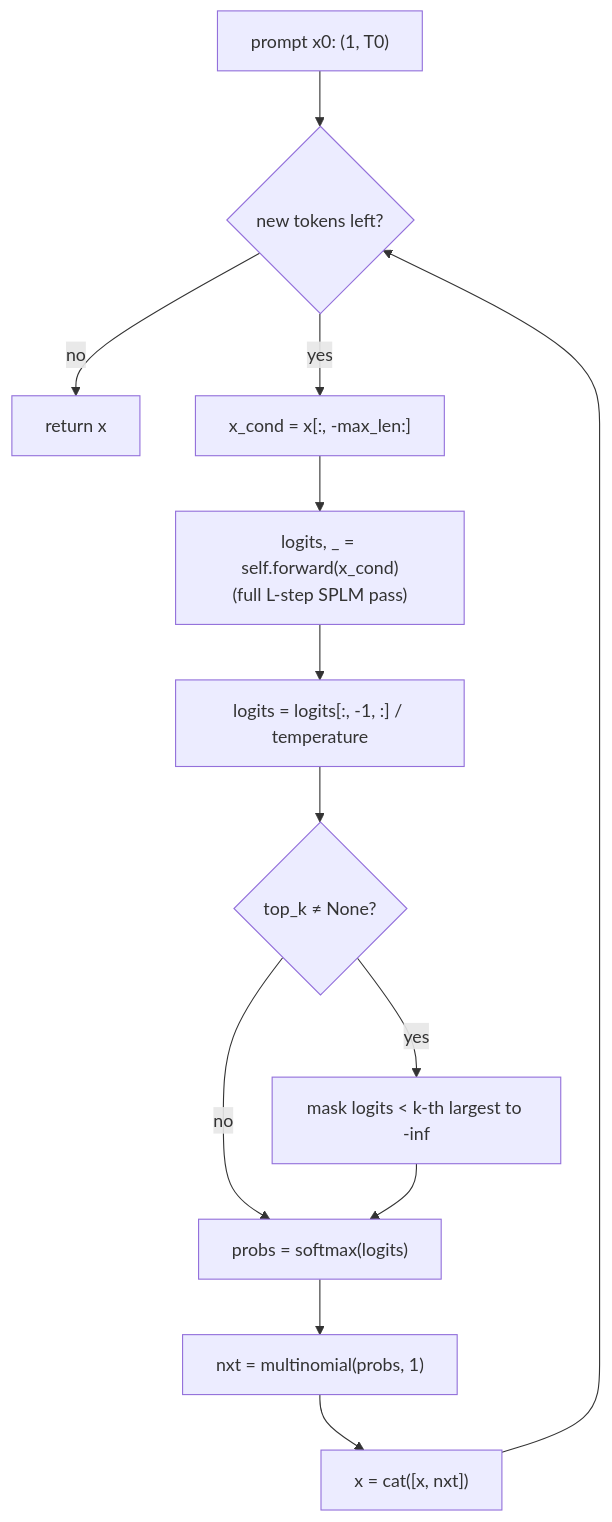
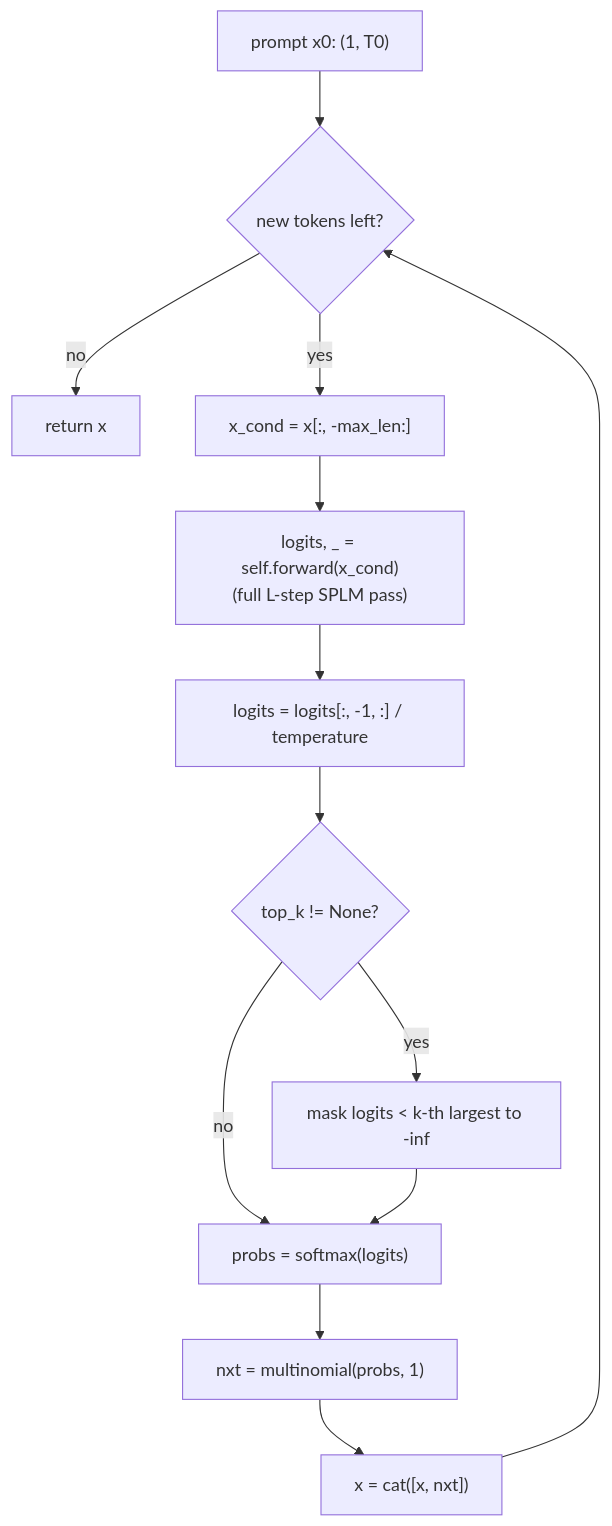
Before and after one commit to dimitarpg13/semsimula-paper: the fifth of 5 diagrams in companion_notes/Training_and_Inference_with_SPLM.md, drawn with Mermaid. The commit also changed other lines of this file and 36 other files, not shown here.

First line of the commit message:
Sync companion notes: Claim A status update, Mermaid/LaTeX fixes, new files

````diff
--- a/companion_notes/Training_and_Inference_with_SPLM.md
+++ b/companion_notes/Training_and_Inference_with_SPLM.md
@@ -395,15 +395,15 @@
 ```mermaid
 flowchart TD
     S["prompt x0: (1, T0)"] --> L0{"new tokens left?"}
     L0 -- no --> RET["return x"]
     L0 -- yes --> WIN["x_cond = x[:, -max_len:]"]
-    WIN --> FWD["logits, _ = self.forward(x_cond)<br/>(full L-step SPLM pass)"]
+    WIN --> FWD["logits, _ = self.forward(x_cond)<br>(full L-step SPLM pass)"]
     FWD --> LAST["logits = logits[:, -1, :] / temperature"]
-    LAST --> TK{"top_k ≠ None?"}
+    LAST --> TK{"top_k != None?"}
     TK -- yes --> MASK["mask logits < k-th largest to -inf"]
     TK -- no --> PROB
     MASK --> PROB["probs = softmax(logits)"]
     PROB --> SAMPLE["nxt = multinomial(probs, 1)"]
     SAMPLE --> APP["x = cat([x, nxt])"]
     APP --> L0
 ```
````
